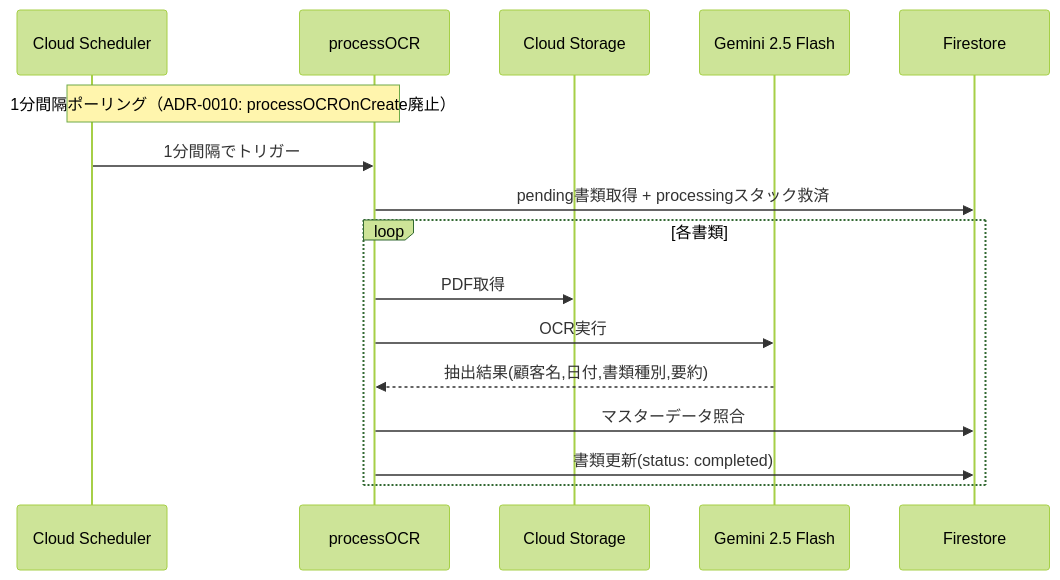
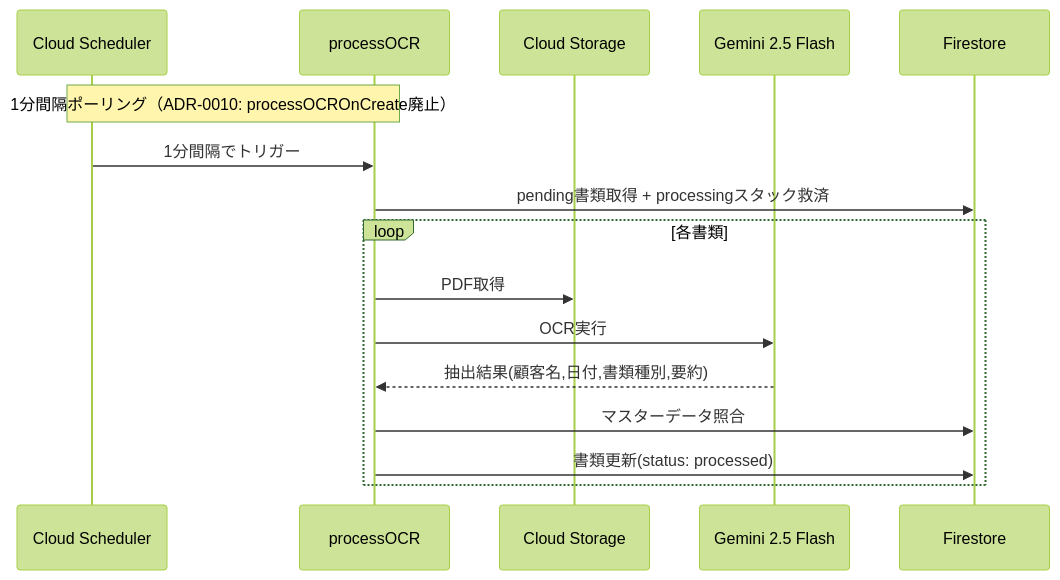
The third of 5 diagrams in docs/architecture.md (yasushi-honda/doc-split), drawn with Mermaid (forest theme) before and after one commit. The commit also changed other lines of this file and 1 other file, not shown here.

Commit message:
docs: 監査指摘対応 - architecture.md/data-model.md更新
- architecture.md: onCustomerMasterWrite関数を追加（20関数に統一）
- architecture.md: シーケンス図のstatus: completed → processed修正
- architecture.md: documentsにdisplayFileNameフィールド追加
- data-model.md: displayFileNameフィールド追加（ADR-0014）
- data-model.md: updated日付を2026-03-16に更新

````diff
--- a/docs/architecture.md
+++ b/docs/architecture.md
@@ -83,20 +83,20 @@
 ```mermaid
 sequenceDiagram
     participant Scheduler as Cloud Scheduler
     participant ProcessOCR as processOCR
     participant Storage as Cloud Storage
     participant Gemini as Gemini 2.5 Flash
     participant Firestore as Firestore
 
     Note over Scheduler,ProcessOCR: 1分間隔ポーリング（ADR-0010: processOCROnCreate廃止）
     Scheduler->>ProcessOCR: 1分間隔でトリガー
     ProcessOCR->>Firestore: pending書類取得 + processingスタック救済
 
     loop 各書類
         ProcessOCR->>Storage: PDF取得
         ProcessOCR->>Gemini: OCR実行
         Gemini-->>ProcessOCR: 抽出結果(顧客名,日付,書類種別,要約)
         ProcessOCR->>Firestore: マスターデータ照合
-        ProcessOCR->>Firestore: 書類更新(status: completed)
+        ProcessOCR->>Firestore: 書類更新(status: processed)
     end
 ```
````
